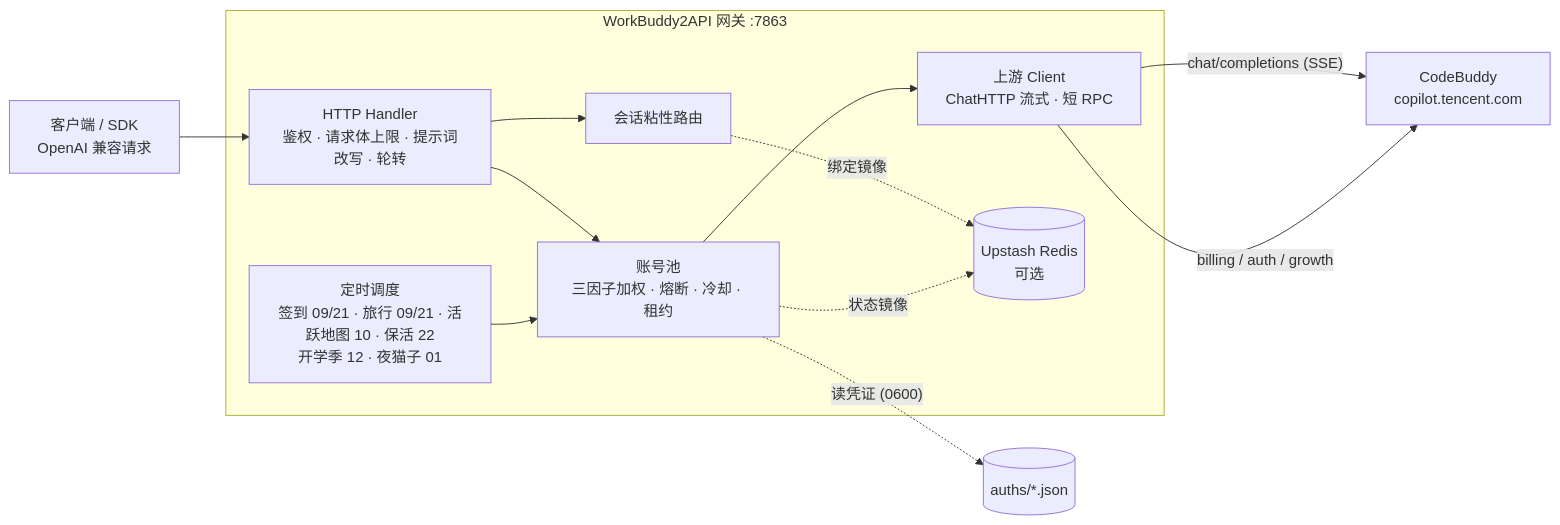
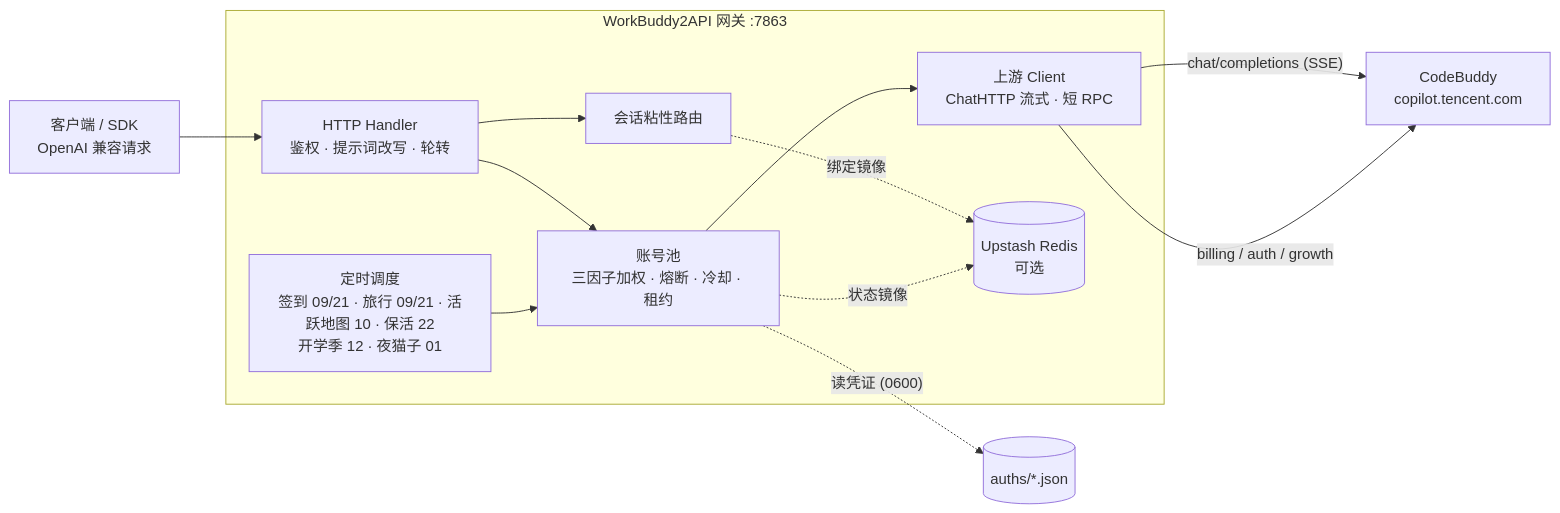
The diagram in README.md (BigUncle/workbuddy2api), drawn with Mermaid before and after one commit. The commit also changed 4 other files, not shown here.

````diff
--- a/README.md
+++ b/README.md
@@ -111,18 +111,18 @@
 ```mermaid
 flowchart LR
     Client["客户端 / SDK\nOpenAI 兼容请求"] --> H
 
     subgraph GWI["WorkBuddy2API 网关 :7863"]
-        H["HTTP Handler\n鉴权 · 请求体上限 · 提示词改写 · 轮转"] --> P
+        H["HTTP Handler\n鉴权 · 提示词改写 · 轮转"] --> P
         H --> S
         P["账号池\n三因子加权 · 熔断 · 冷却 · 租约"] --> U
         S["会话粘性路由"] -.绑定镜像.-> REDIS
         T["定时调度\n签到 09/21 · 旅行 09/21 · 活跃地图 10 · 保活 22\n开学季 12 · 夜猫子 01"] --> P
         U["上游 Client\nChatHTTP 流式 · 短 RPC"]
     end
 
     P -. "读凭证 (0600)" .-> AUTH[("auths/*.json")]
     P -. "状态镜像" .-> REDIS[("Upstash Redis\n可选")]
     U -->|"chat/completions (SSE)"| CB["CodeBuddy\ncopilot.tencent.com"]
     U -->|"billing / auth / growth"| CB
 ```
````
